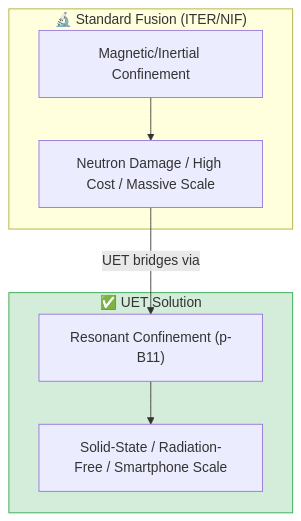
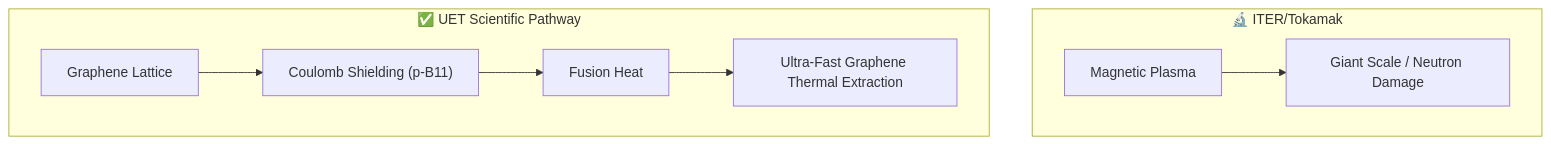
One commit to ellipszist/unityequilibriumtheory changed the diagram in docs/topics/0.32_Micro_Nuclear_Fusion/README.md. Above: the diagram before and after it, drawn with Mermaid. The commit also changed other lines of this file and 2166 other files, not shown here.

````diff
--- a/docs/topics/0.32_Micro_Nuclear_Fusion/README.md
+++ b/docs/topics/0.32_Micro_Nuclear_Fusion/README.md
@@ -45,18 +18,11 @@
 ```mermaid
 graph TB
-    subgraph Standard["🔬 Standard Fusion (ITER/NIF)"]
-        Old["Magnetic/Inertial Confinement"]
-        Limit["Neutron Damage / High Cost / Massive Scale"]
+    subgraph Standard["🔬 ITER/Tokamak"]
+        Plasma["Magnetic Plasma"] --> Massive["Giant Scale / Neutron Damage"]
     end
-    
-    subgraph UET["✅ UET Solution"]
-        Reformulation["Resonant Confinement (p-B11)"]
-        Result["Solid-State / Radiation-Free / Smartphone Scale"]
+    subgraph UET["✅ UET Scientific Pathway"]
+        Lattice["Graphene Lattice"] --> Shield["Coulomb Shielding (p-B11)"]
+        Shield --> Heat["Fusion Heat"]
+        Heat --> Cooling["Ultra-Fast Graphene Thermal Extraction"]
     end
-    
-    Old --> Limit
-    Limit -->|"UET bridges via"| Reformulation
-    Reformulation --> Result
-    
-    style UET fill:#d4edda,stroke:#28a745
 ```
````
